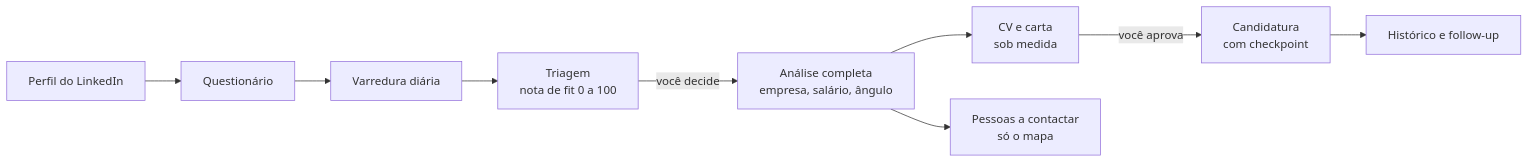
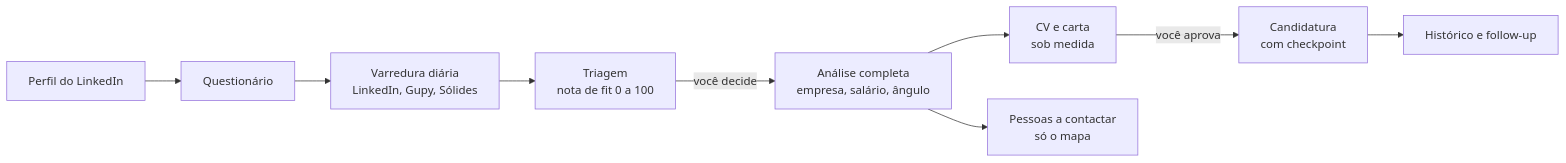
Before and after one commit to marcoscarvalho-84/radar-de-vagas: the diagram in README.md, drawn with Mermaid. The commit also changed other lines of this file and 13 other files, not shown here.

````diff
--- a/README.md
+++ b/README.md
@@ -18,11 +18,11 @@
 ```mermaid
 flowchart LR
     A[Perfil do LinkedIn] --> B[Questionário]
-    B --> C[Varredura diária]
+    B --> C[Varredura diária<br/>LinkedIn, Gupy, Sólides]
     C --> D[Triagem<br/>nota de fit 0 a 100]
     D -->|você decide| E[Análise completa<br/>empresa, salário, ângulo]
     E --> F[CV e carta<br/>sob medida]
     E --> G[Pessoas a contactar<br/>só o mapa]
     F -->|você aprova| H[Candidatura<br/>com checkpoint]
     H --> I[Histórico e follow-up]
 ```
````
